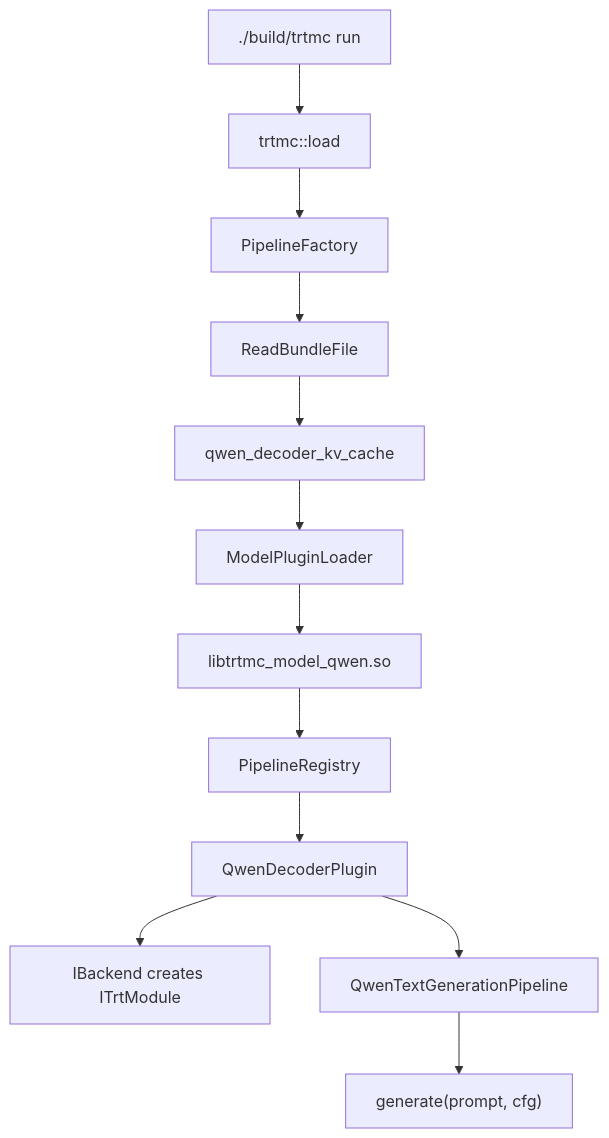
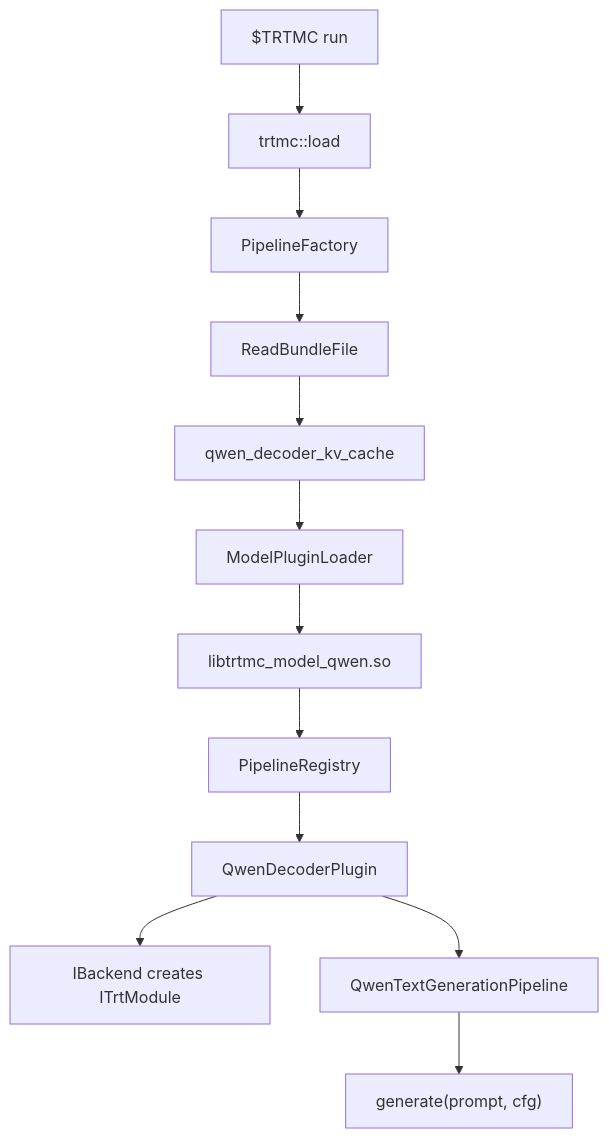
One commit to NVIDIA/TensorRT-Model-Connect changed the second of 2 diagrams in website/docs/tutorials/beginner/text-generation.md. Above: the diagram before and after it, drawn with Mermaid. The commit also changed other lines of this file and 86 other files, not shown here.

````diff
--- a/website/docs/tutorials/beginner/text-generation.md
+++ b/website/docs/tutorials/beginner/text-generation.md
@@ -187,14 +199,14 @@
 ```mermaid
 flowchart TD
-  Run["./build/trtmc run"] --> Load["trtmc::load"]
+  Run["$TRTMC run"] --> Load["trtmc::load"]
   Load --> Factory["PipelineFactory"]
   Factory --> Read["ReadBundleFile"]
   Read --> Strategy["qwen_decoder_kv_cache"]
   Strategy --> Loader["ModelPluginLoader"]
   Loader --> DSO["libtrtmc_model_qwen.so"]
   DSO --> Registry["PipelineRegistry"]
   Registry --> Plugin["QwenDecoderPlugin"]
   Plugin --> Backend["IBackend creates ITrtModule"]
   Plugin --> Pipeline["QwenTextGenerationPipeline"]
   Pipeline --> Generate["generate(prompt, cfg)"]
 ```
````
